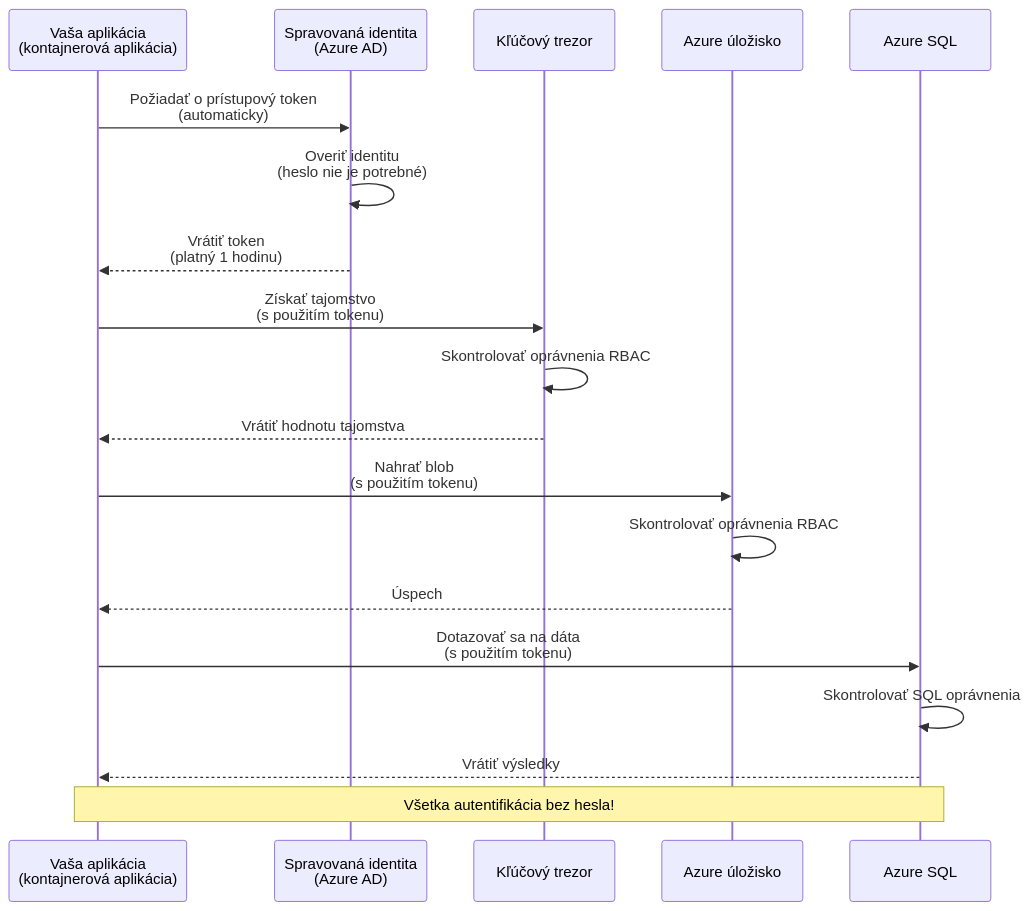
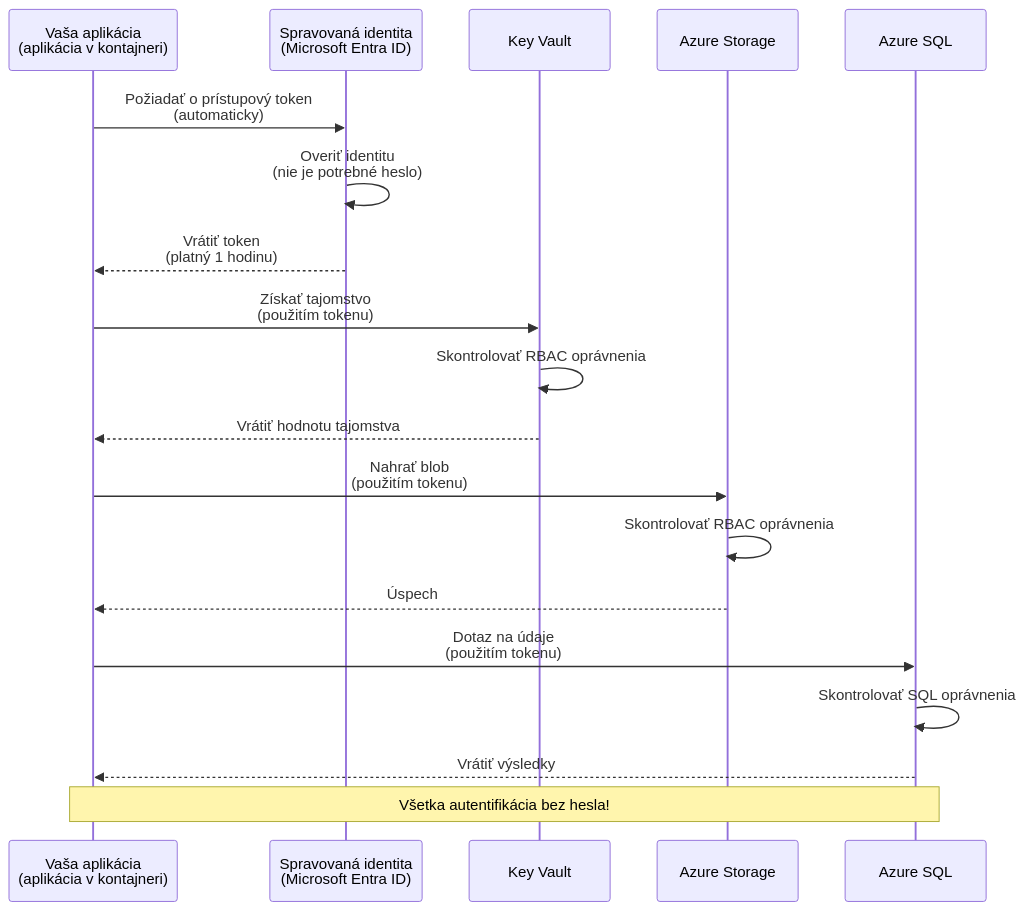
Before and after one commit to microsoft/AZD-for-beginners: the first of 2 diagrams in translations/sk/docs/chapter-03-configuration/authsecurity.md, drawn with Mermaid. The commit also changed other lines of this file and 104 other files, not shown here.

````diff
--- a/translations/sk/docs/chapter-03-configuration/authsecurity.md
+++ b/translations/sk/docs/chapter-03-configuration/authsecurity.md
@@ -69,26 +69,26 @@
 ```mermaid
 sequenceDiagram
-    participant App as Vaša aplikácia<br/>(kontajnerová aplikácia)
-    participant MI as Spravovaná identita<br/>(Azure AD)
-    participant KV as Kľúčový trezor
-    participant Storage as Azure úložisko
+    participant App as Vaša aplikácia<br/>(aplikácia v kontajneri)
+    participant MI as Spravovaná identita<br/>(Microsoft Entra ID)
+    participant KV as Key Vault
+    participant Storage as Azure Storage
     participant DB as Azure SQL
     
     App->>MI: Požiadať o prístupový token<br/>(automaticky)
-    MI->>MI: Overiť identitu<br/>(heslo nie je potrebné)
+    MI->>MI: Overiť identitu<br/>(nie je potrebné heslo)
     MI-->>App: Vrátiť token<br/>(platný 1 hodinu)
     
-    App->>KV: Získať tajomstvo<br/>(s použitím tokenu)
-    KV->>KV: Skontrolovať oprávnenia RBAC
+    App->>KV: Získať tajomstvo<br/>(použitím tokenu)
+    KV->>KV: Skontrolovať RBAC oprávnenia
     KV-->>App: Vrátiť hodnotu tajomstva
     
-    App->>Storage: Nahrať blob<br/>(s použitím tokenu)
-    Storage->>Storage: Skontrolovať oprávnenia RBAC
+    App->>Storage: Nahrať blob<br/>(použitím tokenu)
+    Storage->>Storage: Skontrolovať RBAC oprávnenia
     Storage-->>App: Úspech
     
-    App->>DB: Dotazovať sa na dáta<br/>(s použitím tokenu)
+    App->>DB: Dotaz na údaje<br/>(použitím tokenu)
     DB->>DB: Skontrolovať SQL oprávnenia
     DB-->>App: Vrátiť výsledky
     
     Note over App,DB: Všetka autentifikácia bez hesla!
 ```
````
